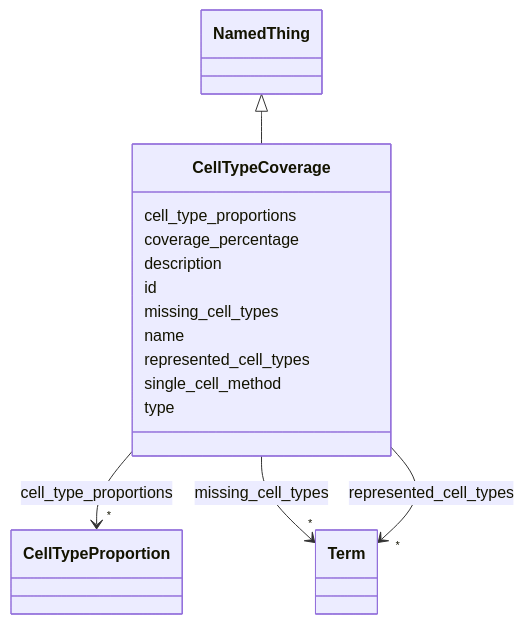
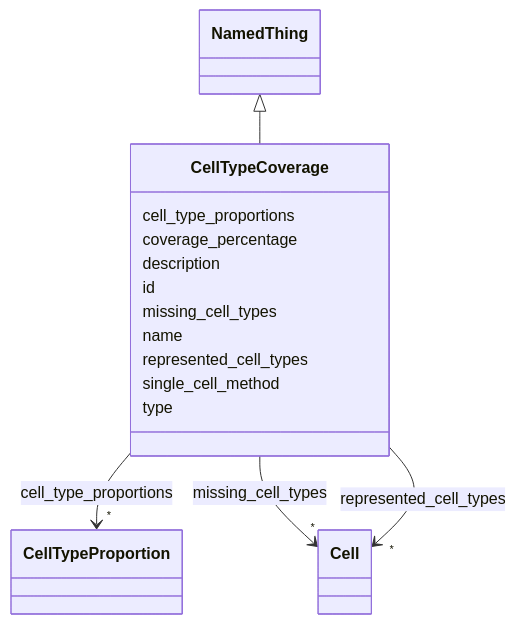
One commit to monarch-initiative/namo changed the diagram in docs/elements/CellTypeCoverage.md. Above: the diagram before and after it, drawn with Mermaid. The commit also changed other lines of this file and 307 other files, not shown here.

````diff
--- a/docs/elements/CellTypeCoverage.md
+++ b/docs/elements/CellTypeCoverage.md
@@ -18,54 +23,54 @@
 ```mermaid
  classDiagram
     class CellTypeCoverage
     click CellTypeCoverage href "../CellTypeCoverage/"
       NamedThing <|-- CellTypeCoverage
         click NamedThing href "../NamedThing/"
       
       CellTypeCoverage : cell_type_proportions
         
           
     
         
         
         CellTypeCoverage --> "*" CellTypeProportion : cell_type_proportions
         click CellTypeProportion href "../CellTypeProportion/"
     
 
         
       CellTypeCoverage : coverage_percentage
         
       CellTypeCoverage : description
         
       CellTypeCoverage : id
         
       CellTypeCoverage : missing_cell_types
         
           
     
         
         
-        CellTypeCoverage --> "*" Term : missing_cell_types
-        click Term href "../Term/"
+        CellTypeCoverage --> "*" Cell : missing_cell_types
+        click Cell href "../Cell/"
     
 
         
       CellTypeCoverage : name
         
       CellTypeCoverage : represented_cell_types
         
           
     
         
         
-        CellTypeCoverage --> "*" Term : represented_cell_types
-        click Term href "../Term/"
+        CellTypeCoverage --> "*" Cell : represented_cell_types
+        click Cell href "../Cell/"
     
 
         
       CellTypeCoverage : single_cell_method
         
       CellTypeCoverage : type
         
       
 ```
````
